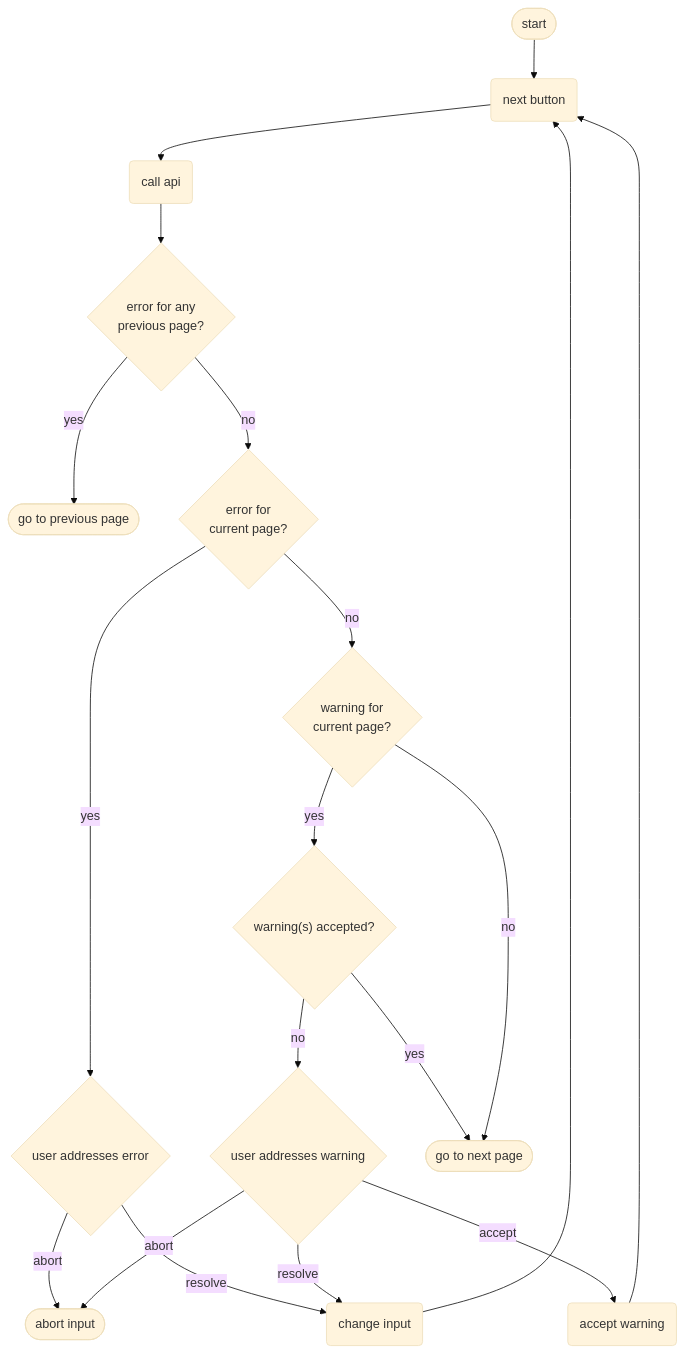
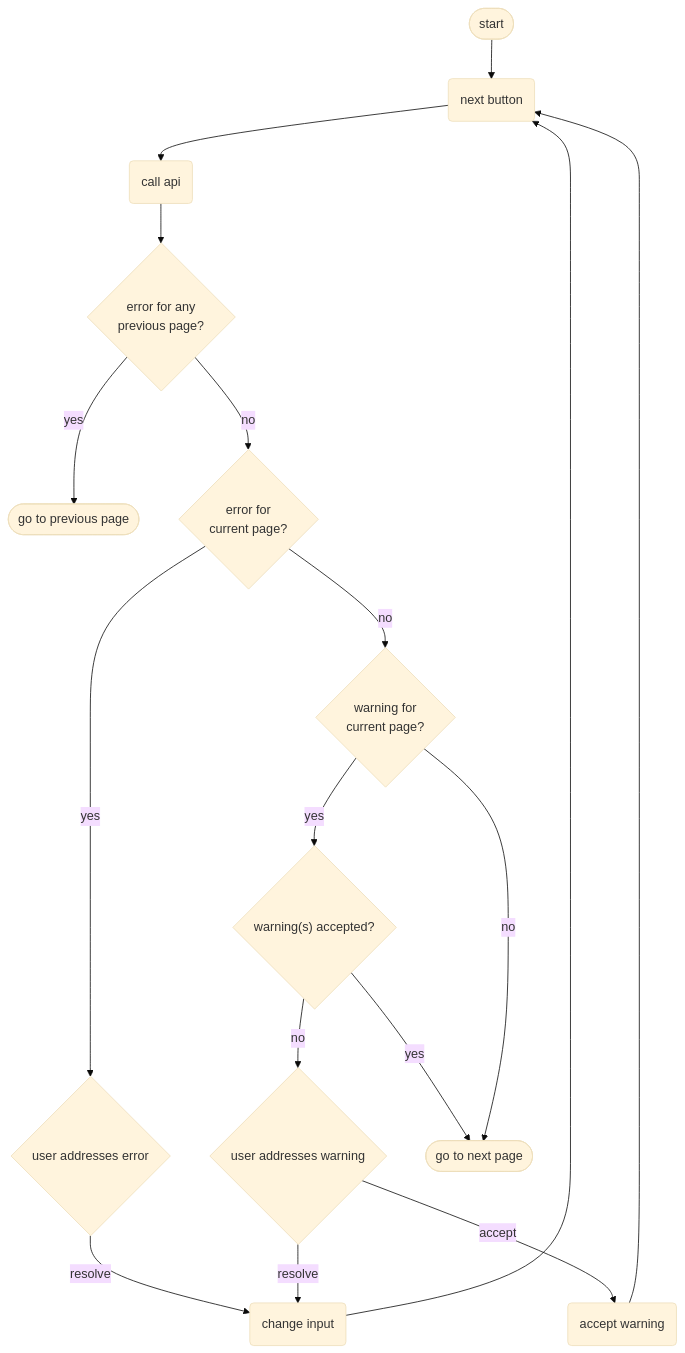
One commit to kiesraad/abacus changed the third of 5 diagrams in documentatie/flowcharts/data-entry-forms.md. Above: the diagram before and after it, drawn with Mermaid (base theme).

Commit message:
Remove 'abort' option from "Volgende" flowchart

````diff
--- a/documentatie/flowcharts/data-entry-forms.md
+++ b/documentatie/flowcharts/data-entry-forms.md
@@ -115,49 +115,46 @@
 ```mermaid
 flowchart TD
 
     %% elements
     flow-start([start])
     go-to-prev-page([go to previous page])
-    abort-input([abort input])
 
     error-any-prev-page{"error for any \n previous page?"}
     error-cur-page{"error for \n current page?"}
     warning-cur-page{"warning for \n current page?"}
     warnings-accepted{"warning(s) accepted?"}
     user-addresses-error{user addresses error}
 
     user-addresses-warning{user addresses warning}
 
     next-button(next button)
     call-api(call api)
     change-input(change input)
     accept-warning(accept warning)
 
     go-to-next-page([go to next page])
 
     %% flow
     flow-start --> next-button
     next-button --> call-api
     call-api --> error-any-prev-page
 
     error-any-prev-page -- yes --> go-to-prev-page
 
     error-any-prev-page -- no --> error-cur-page
 
     error-cur-page -- yes --> user-addresses-error
     
-    user-addresses-error -- abort --> abort-input
     user-addresses-error -- resolve --> change-input
     change-input --> next-button
 
     error-cur-page -- no --> warning-cur-page
     warning-cur-page -- yes --> warnings-accepted
     warnings-accepted -- no --> user-addresses-warning
     warnings-accepted -- yes --> go-to-next-page
     user-addresses-warning -- resolve --> change-input
     user-addresses-warning -- accept --> accept-warning
     accept-warning --> next-button
-    user-addresses-warning -- abort --> abort-input
 
     warning-cur-page -- no --> go-to-next-page
 ```
````
